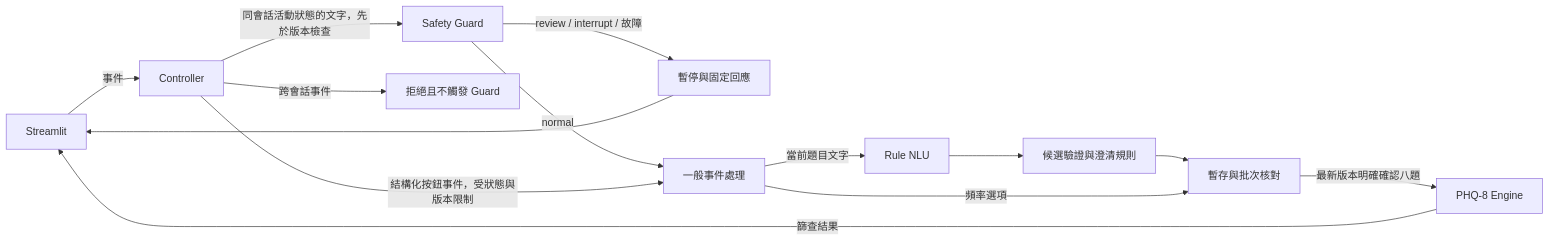
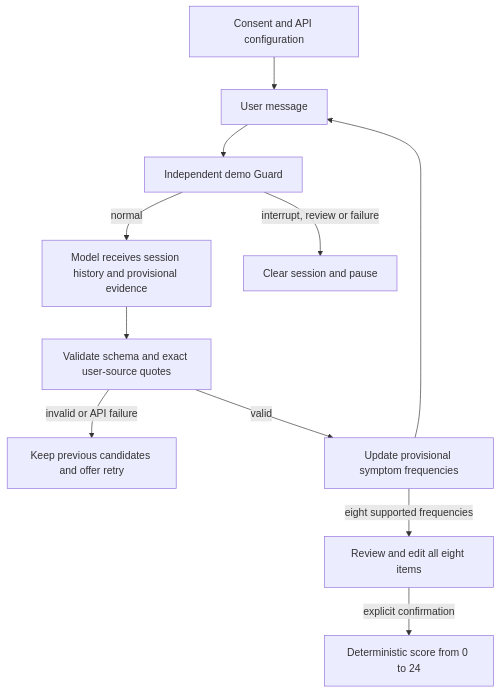
Before and after one commit to oscarchan658-ship-it/seem-fyp: the diagram in architecture.md, drawn with Mermaid. The commit also changed other lines of this file and 16 other files, not shown here.

````diff
--- a/architecture.md
+++ b/architecture.md
@@ -22,16 +5,13 @@
 ```mermaid
-flowchart LR
-    UI[Streamlit] -->|事件| C[Controller]
-    C -->|同會話活動狀態的文字，先於版本檢查| G[Safety Guard]
-    C -->|跨會話事件| X[拒絕且不觸發 Guard]
-    G -->|review / interrupt / 故障| S[暫停與固定回應]
-    G -->|normal| N[一般事件處理]
-    C -->|結構化按鈕事件，受狀態與版本限制| N
-    N -->|當前題目文字| U[Rule NLU]
-    U --> P[候選驗證與澄清規則]
-    P --> R[暫存與批次核對]
-    N -->|頻率選項| R
-    R -->|最新版本明確確認八題| E[PHQ-8 Engine]
-    E -->|篩查結果| UI
-    S --> UI
+flowchart TD
+    A[Consent and API configuration] --> B[User message]
+    B --> C[Independent demo Guard]
+    C -->|normal| D[Model receives session history and provisional evidence]
+    C -->|interrupt, review or failure| X[Clear session and pause]
+    D --> E[Validate schema and exact user-source quotes]
+    E -->|invalid or API failure| F[Keep previous candidates and offer retry]
+    E -->|valid| G[Update provisional symptom frequencies]
+    G --> B
+    G -->|eight supported frequencies| H[Review and edit all eight items]
+    H -->|explicit confirmation| I[Deterministic score from 0 to 24]
 ```
````
